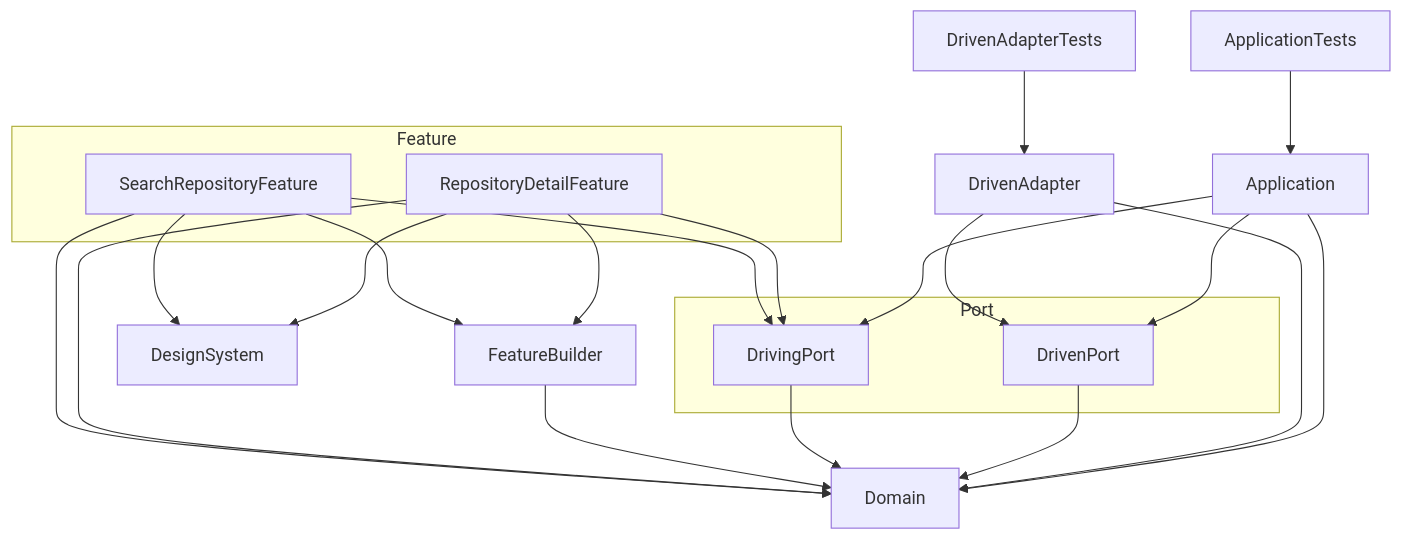
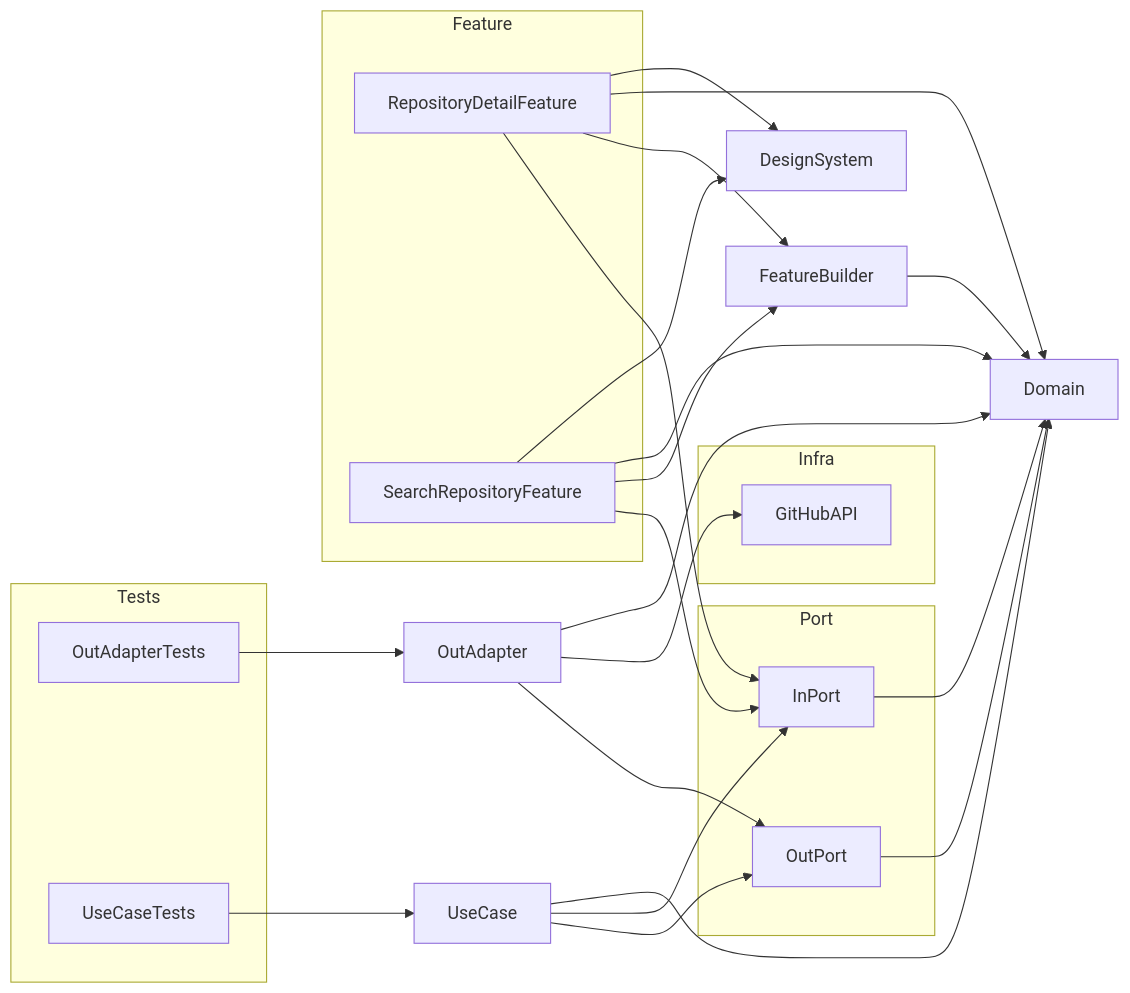
Before and after one commit to shumpei-nagata/Sandbox-MultiModule: the diagram in CLAUDE.md, drawn with Mermaid. The commit also changed other lines of this file, not shown here.

````diff
--- a/CLAUDE.md
+++ b/CLAUDE.md
@@ -92,30 +99,38 @@
 ```mermaid
-graph TD
+graph LR
   subgraph Port
-    DrivenPort
-    DrivingPort
+    InPort
+    OutPort
   end
   subgraph Feature
     RepositoryDetailFeature
     SearchRepositoryFeature
   end
+  subgraph Infra
+    GitHubAPI
+  end
+  subgraph Tests
+    OutAdapterTests
+    UseCaseTests
+  end
 
-  Application --> Domain
-  Application --> DrivenPort
-  Application --> DrivingPort
-  ApplicationTests --> Application
-  DrivenAdapter --> Domain
-  DrivenAdapter --> DrivenPort
-  DrivenAdapterTests --> DrivenAdapter
-  DrivenPort --> Domain
-  DrivingPort --> Domain
   FeatureBuilder --> Domain
+  InPort --> Domain
+  OutAdapter --> Domain
+  OutAdapter --> GitHubAPI
+  OutAdapter --> OutPort
+  OutAdapterTests --> OutAdapter
+  OutPort --> Domain
   RepositoryDetailFeature --> DesignSystem
   RepositoryDetailFeature --> Domain
-  RepositoryDetailFeature --> DrivingPort
   RepositoryDetailFeature --> FeatureBuilder
+  RepositoryDetailFeature --> InPort
   SearchRepositoryFeature --> DesignSystem
   SearchRepositoryFeature --> Domain
-  SearchRepositoryFeature --> DrivingPort
   SearchRepositoryFeature --> FeatureBuilder
+  SearchRepositoryFeature --> InPort
+  UseCase --> Domain
+  UseCase --> InPort
+  UseCase --> OutPort
+  UseCaseTests --> UseCase
 ```
````
